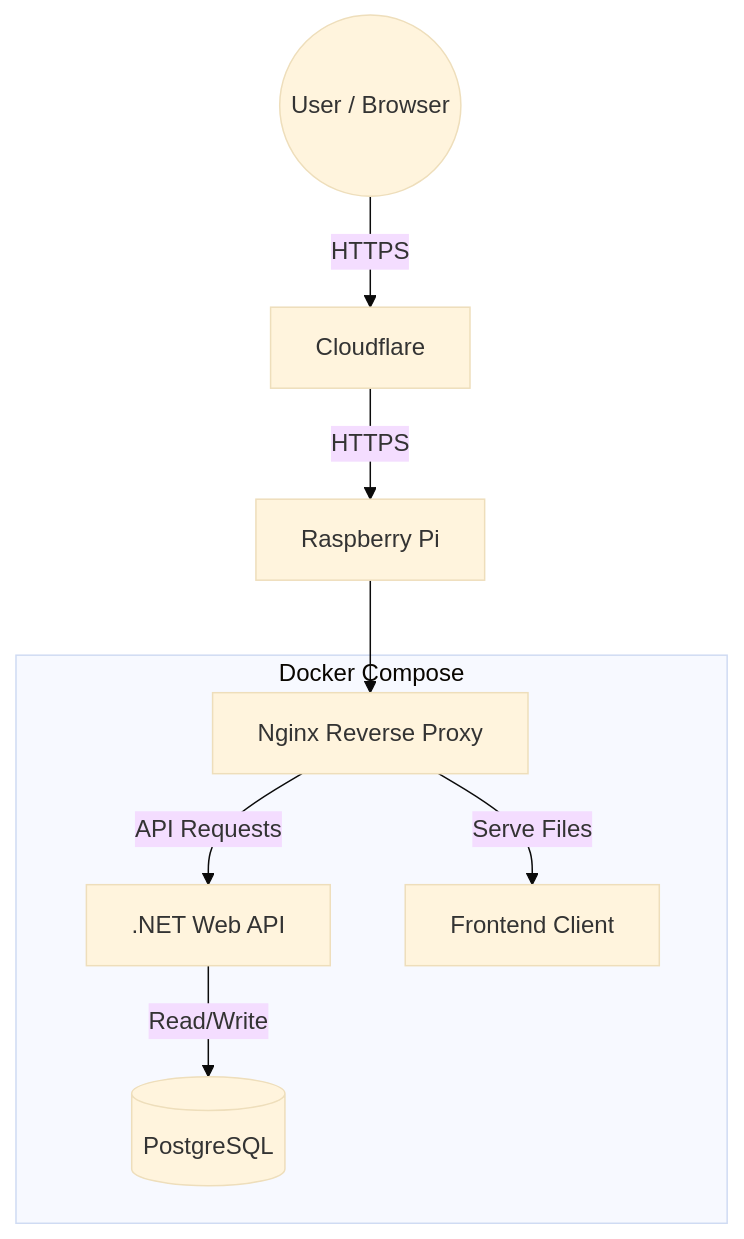
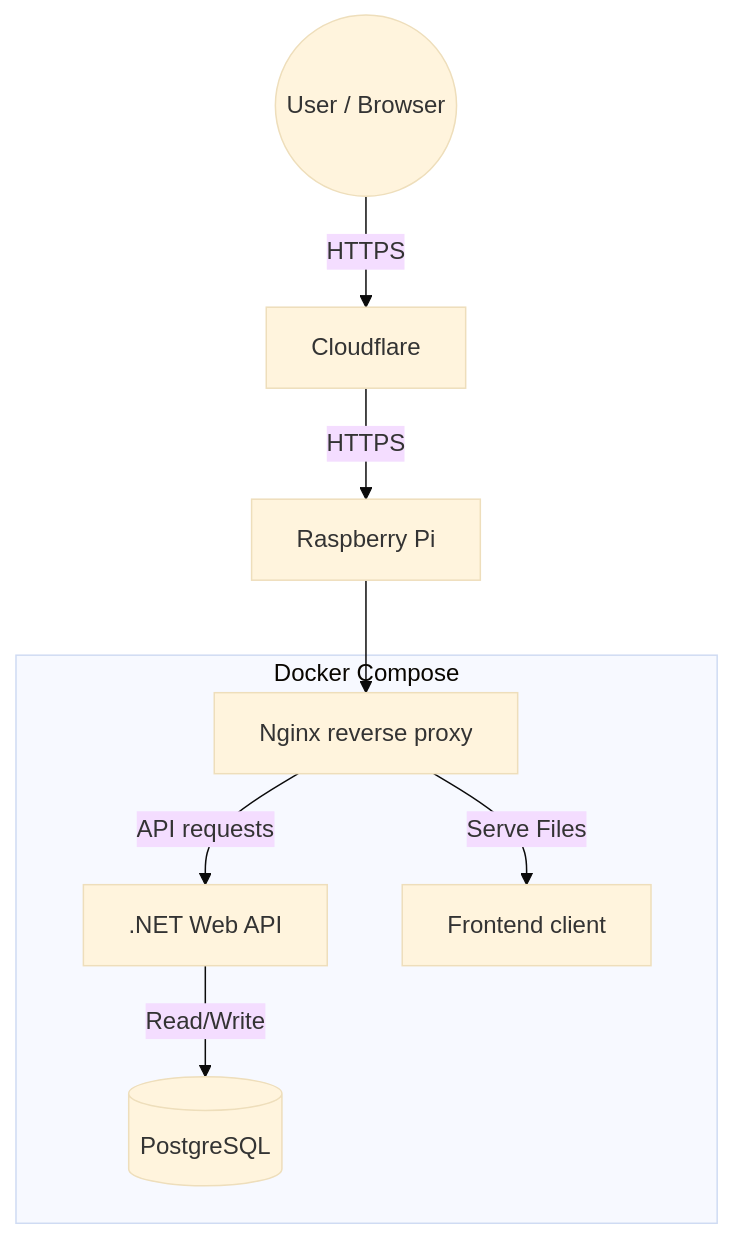
The diagram in docs/architecture/deployment.md (akai-org/put-wiki), drawn with Mermaid (base theme) before and after one commit. The commit also changed other lines of this file and 1 other file, not shown here.

````diff
--- a/docs/architecture/deployment.md
+++ b/docs/architecture/deployment.md
@@ -37,11 +40,11 @@
 ```mermaid
 graph TD
     User((User / Browser)) -->|HTTPS| CF[Cloudflare]
     CF -->|HTTPS| RPi[Raspberry Pi]
-    RPi --> Nginx[Nginx Reverse Proxy]
+    RPi --> Nginx[Nginx reverse proxy]
     subgraph "Docker Compose"
-        Nginx -->|API Requests| Server[.NET Web API]
-        Nginx -->|Serve Files| Client[Frontend Client]
+        Nginx -->|API requests| Server[.NET Web API]
+        Nginx -->|Serve Files| Client[Frontend client]
         Server -->|Read/Write| DB[(PostgreSQL)]
     end
 ```
````
